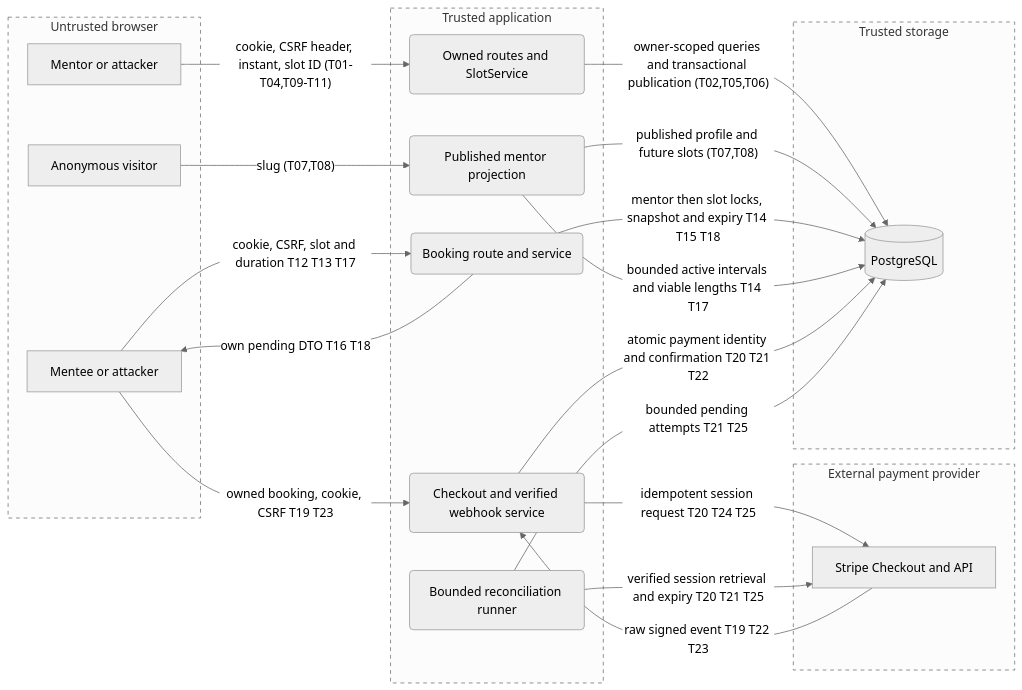
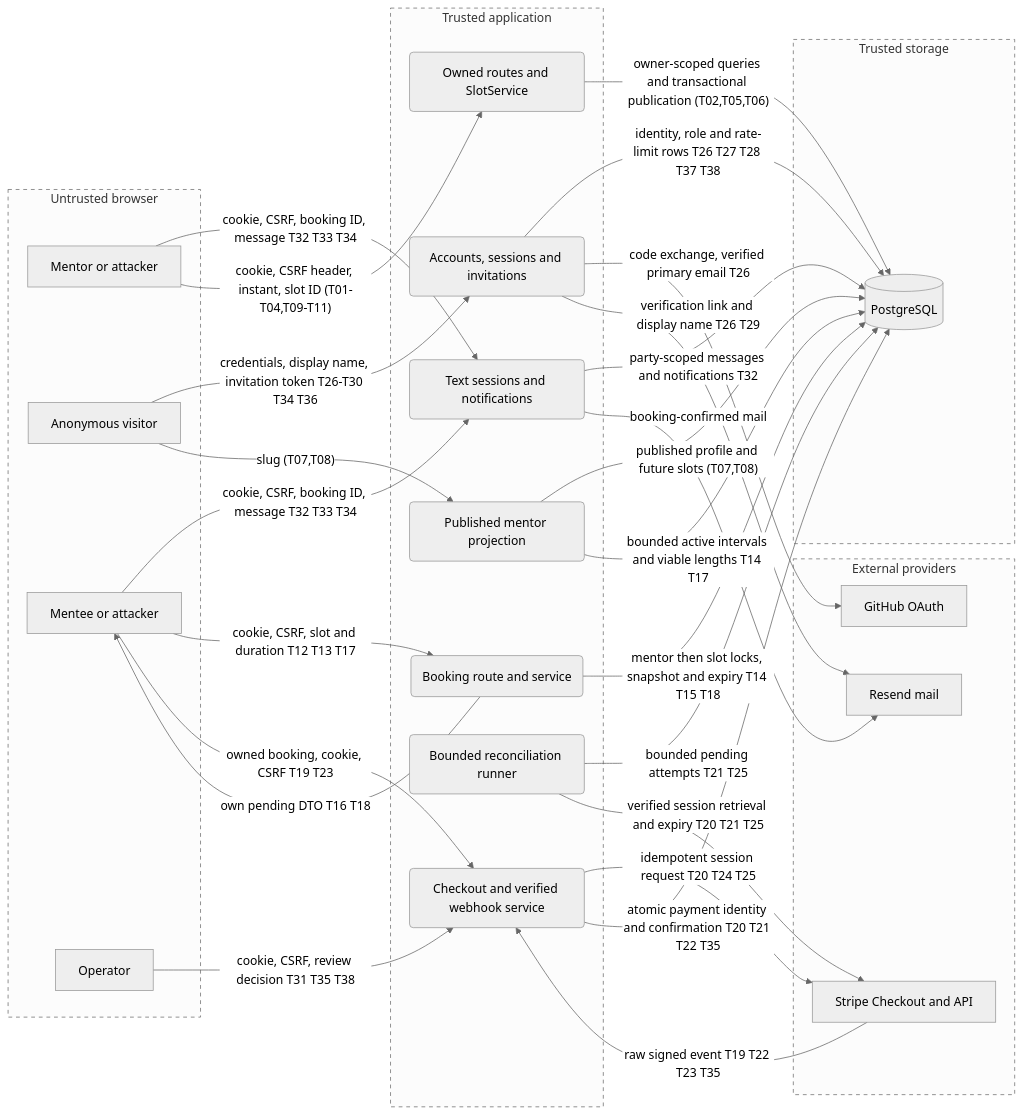
Before and after one commit to warnaa/aitl-mentio: the diagram in docs/security/threat-model.mmd, drawn with Mermaid (neutral theme). The commit also changed other lines of this file and 5 other files, not shown here.

```diff
--- a/docs/security/threat-model.mmd
+++ b/docs/security/threat-model.mmd
@@ -1,35 +1,49 @@
 flowchart LR
   subgraph internet [Untrusted browser]
     Mentor[Mentor or attacker]
     Visitor[Anonymous visitor]
     Mentee[Mentee or attacker]
+    Operator[Operator]
   end
   subgraph app [Trusted application]
+    Auth(Accounts, sessions and invitations)
     API(Owned routes and SlotService)
     Public(Published mentor projection)
     Booking(Booking route and service)
     Payments(Checkout and verified webhook service)
     Recovery(Bounded reconciliation runner)
+    Talk(Text sessions and notifications)
   end
-  subgraph provider [External payment provider]
+  subgraph provider [External providers]
     Stripe[Stripe Checkout and API]
+    GitHub[GitHub OAuth]
+    Mail[Resend mail]
   end
   subgraph data [Trusted storage]
     DB[(PostgreSQL)]
   end
+  Visitor -->|"credentials, display name, invitation token T26-T30 T34 T36"| Auth
+  Auth -->|"identity, role and rate-limit rows T26 T27 T28 T37 T38"| DB
+  Auth -->|"code exchange, verified primary email T26"| GitHub
+  Auth -->|"verification link and display name T26 T29"| Mail
+  Operator -->|"cookie, CSRF, review decision T31 T35 T38"| Payments
+  Mentee -->|"cookie, CSRF, booking ID, message T32 T33 T34"| Talk
+  Mentor -->|"cookie, CSRF, booking ID, message T32 T33 T34"| Talk
+  Talk -->|"party-scoped messages and notifications T32"| DB
+  Talk -->|"booking-confirmed mail"| Mail
   Mentor -->|"cookie, CSRF header, instant, slot ID (T01-T04,T09-T11)"| API
   API -->|"owner-scoped queries and transactional publication (T02,T05,T06)"| DB
   Visitor -->|"slug (T07,T08)"| Public
   Public -->|"published profile and future slots (T07,T08)"| DB
   Mentee -->|"cookie, CSRF, slot and duration T12 T13 T17"| Booking
   Booking -->|"mentor then slot locks, snapshot and expiry T14 T15 T18"| DB
   Booking -->|"own pending DTO T16 T18"| Mentee
   Public -->|"bounded active intervals and viable lengths T14 T17"| DB
   Mentee -->|"owned booking, cookie, CSRF T19 T23"| Payments
   Payments -->|"idempotent session request T20 T24 T25"| Stripe
-  Stripe -->|"raw signed event T19 T22 T23"| Payments
-  Payments -->|"atomic payment identity and confirmation T20 T21 T22"| DB
+  Stripe -->|"raw signed event T19 T22 T23 T35"| Payments
+  Payments -->|"atomic payment identity and confirmation T20 T21 T22 T35"| DB
   Recovery -->|"bounded pending attempts T21 T25"| DB
   Recovery -->|"verified session retrieval and expiry T20 T21 T25"| Stripe
   classDef boundary stroke-dasharray: 5 5
   class internet,app,data,provider boundary
```
